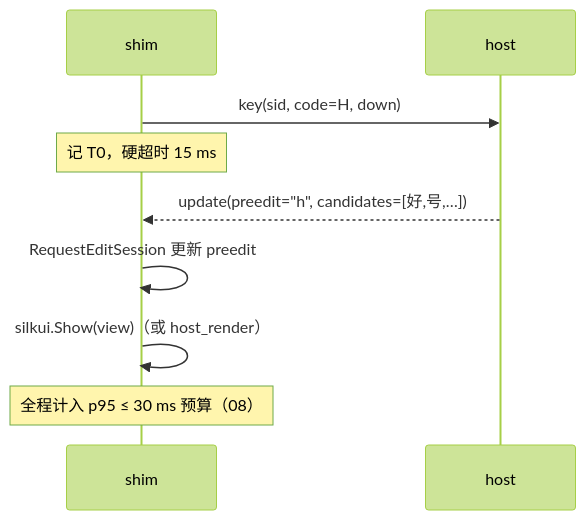
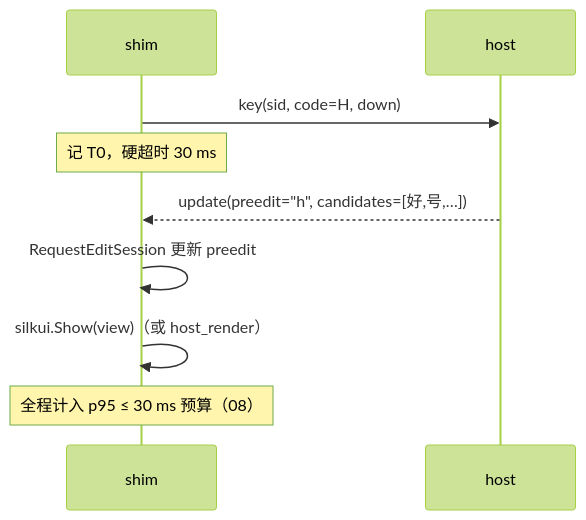
Before and after one commit to luobochuanqi/silk-ime: the second of 3 diagrams in docs/design/foundation/04-process-and-ipc.md, drawn with Mermaid (forest theme). The commit also changed other lines of this file and 4 other files, not shown here.

````diff
--- a/docs/design/foundation/04-process-and-ipc.md
+++ b/docs/design/foundation/04-process-and-ipc.md
@@ -80,11 +80,11 @@
 ```mermaid
 sequenceDiagram
   participant TIP as shim
   participant HOST as host
   TIP->>HOST: key(sid, code=H, down)
-  Note over TIP: 记 T0，硬超时 15 ms
+  Note over TIP: 记 T0，硬超时 30 ms
   HOST-->>TIP: update(preedit="h", candidates=[好,号,…])
   TIP->>TIP: RequestEditSession 更新 preedit
   TIP->>TIP: silkui.Show(view)（或 host_render）
   Note over TIP: 全程计入 p95 ≤ 30 ms 预算（08）
 ```
````
